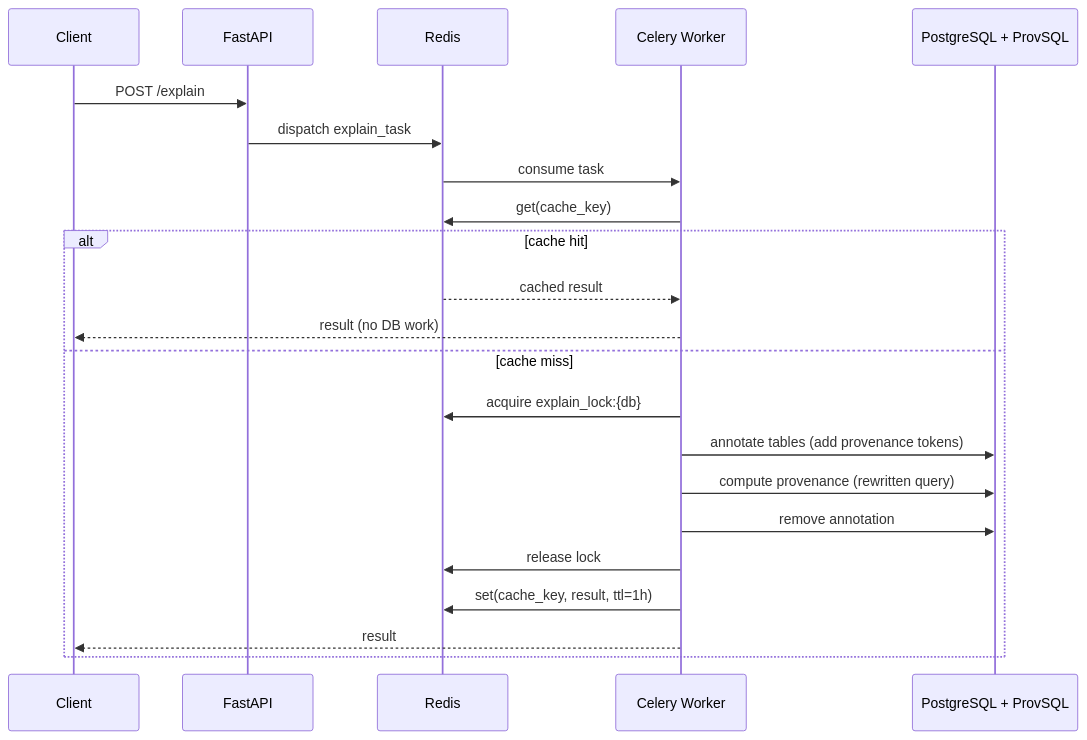
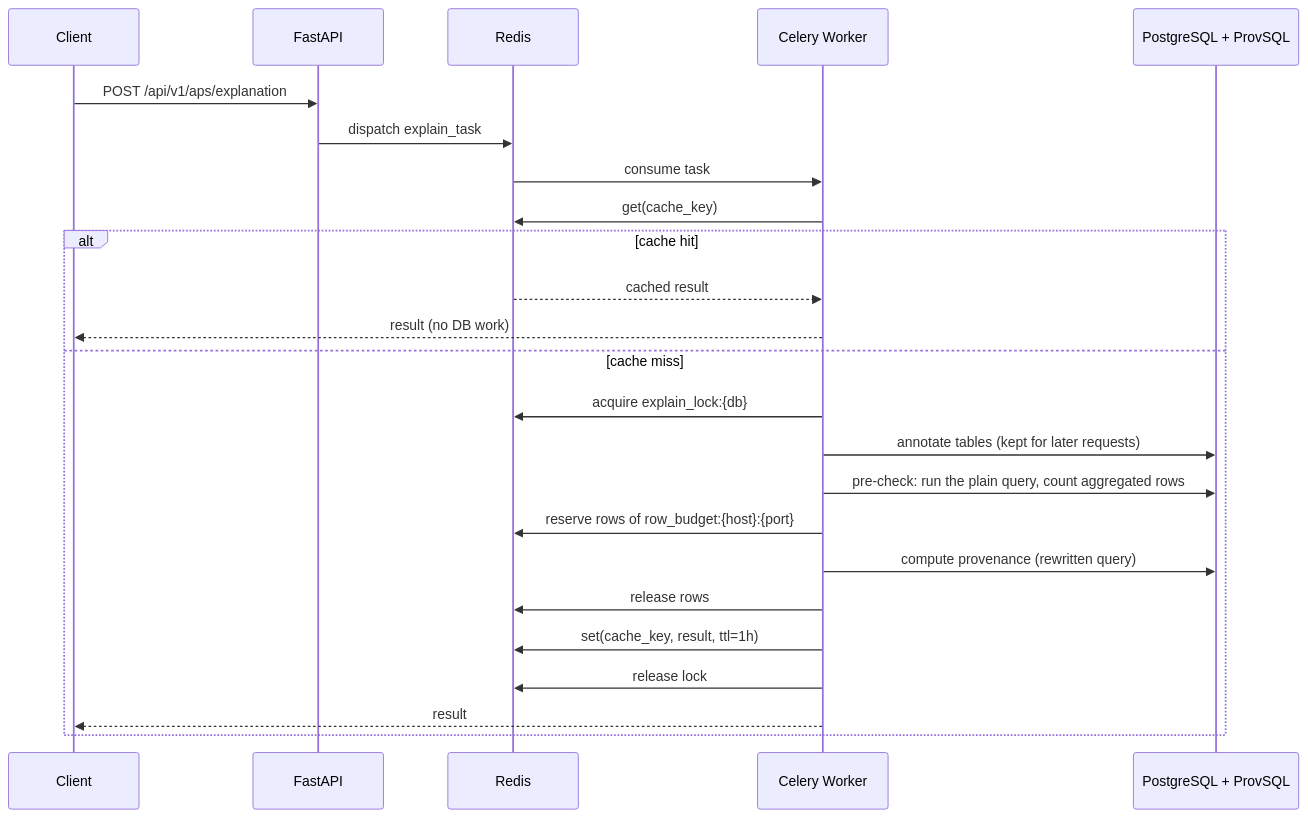
Before and after one commit to datagems-eosc/ap-explanation: the diagram in docs/docs/architecture.md, drawn with Mermaid. The commit also changed other lines of this file and 9 other files, not shown here.

````diff
--- a/docs/docs/architecture.md
+++ b/docs/docs/architecture.md
@@ -113,26 +123,28 @@
 ```mermaid
 sequenceDiagram
     participant Client
     participant API as FastAPI
     participant Redis
     participant Worker as Celery Worker
     participant PG as PostgreSQL + ProvSQL
 
-    Client->>API: POST /explain
+    Client->>API: POST /api/v1/aps/explanation
     API->>Redis: dispatch explain_task
     Redis->>Worker: consume task
 
     Worker->>Redis: get(cache_key)
     alt cache hit
         Redis-->>Worker: cached result
         Worker-->>Client: result (no DB work)
     else cache miss
         Worker->>Redis: acquire explain_lock:{db}
-        Worker->>PG: annotate tables (add provenance tokens)
+        Worker->>PG: annotate tables (kept for later requests)
+        Worker->>PG: pre-check: run the plain query, count aggregated rows
+        Worker->>Redis: reserve rows of row_budget:{host}:{port}
         Worker->>PG: compute provenance (rewritten query)
-        Worker->>PG: remove annotation
+        Worker->>Redis: release rows
+        Worker->>Redis: set(cache_key, result, ttl=1h)
         Worker->>Redis: release lock
-        Worker->>Redis: set(cache_key, result, ttl=1h)
         Worker-->>Client: result
     end
 ```
````
